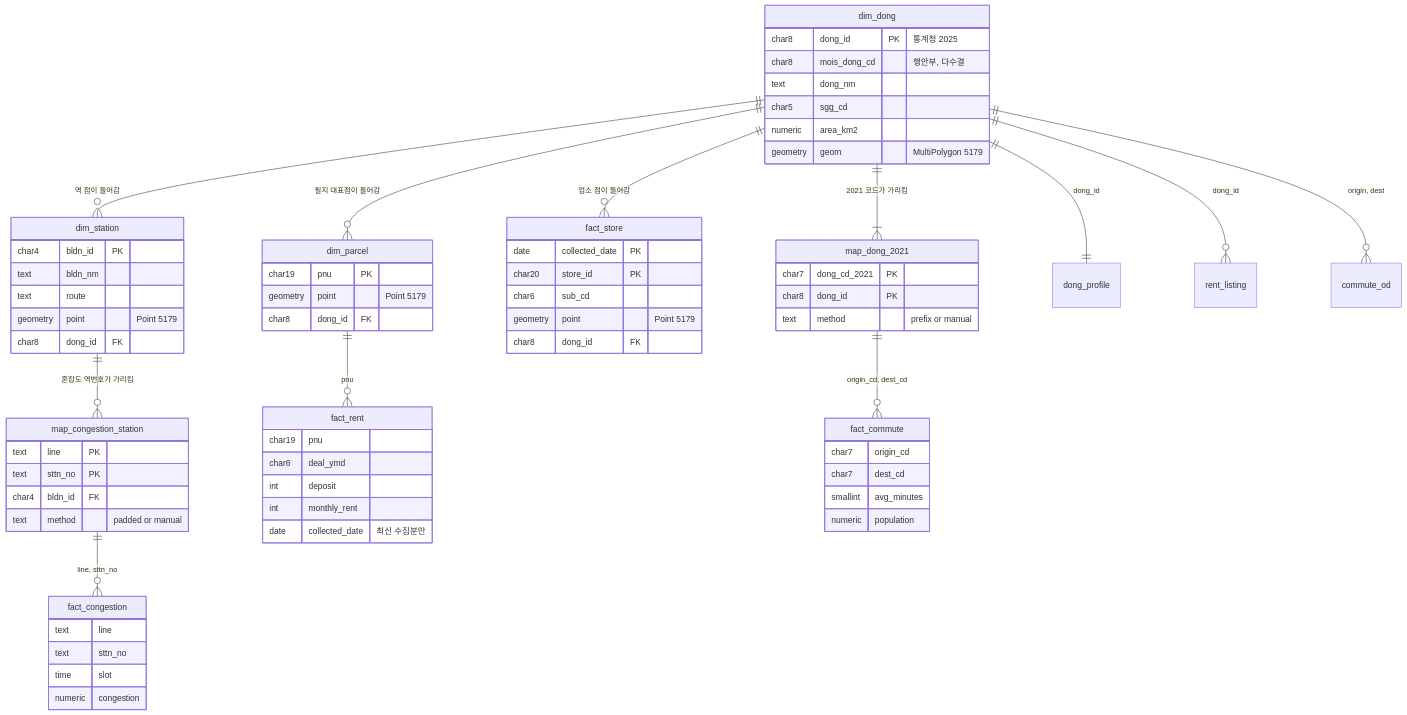
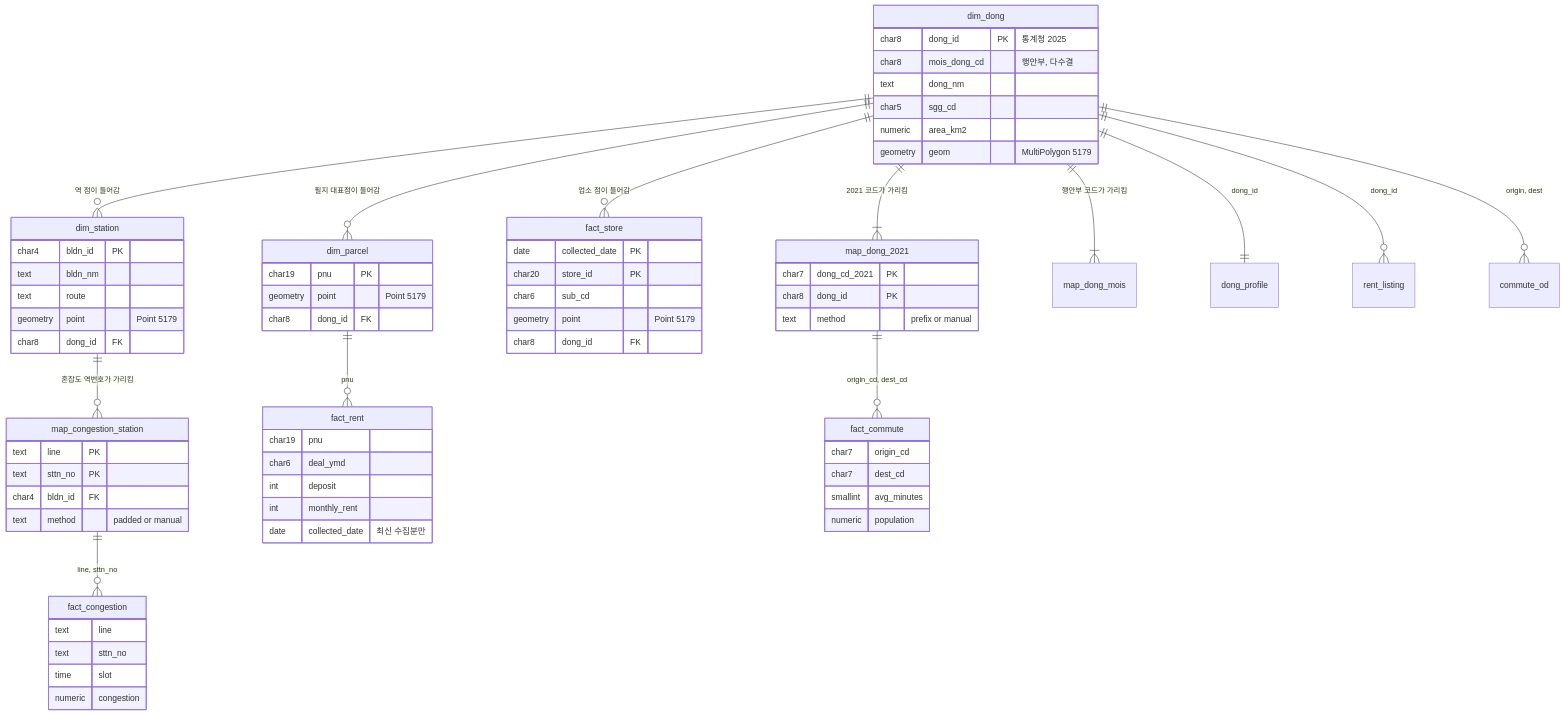
The second of 2 diagrams in docs/data_flow.md (sozerong/home_in_seoul), drawn with Mermaid before and after one commit. The commit also changed other lines of this file and 7 other files, not shown here.

````diff
--- a/docs/data_flow.md
+++ b/docs/data_flow.md
@@ -402,72 +403,73 @@
 ```mermaid
 erDiagram
     dim_dong ||--o{ dim_parcel : "필지 대표점이 들어감"
     dim_dong ||--o{ dim_station : "역 점이 들어감"
     dim_dong ||--o{ fact_store : "업소 점이 들어감"
     dim_dong ||--|{ map_dong_2021 : "2021 코드가 가리킴"
+    dim_dong ||--|{ map_dong_mois : "행안부 코드가 가리킴"
     dim_station ||--o{ map_congestion_station : "혼잡도 역번호가 가리킴"
     dim_parcel ||--o{ fact_rent : "pnu"
     map_dong_2021 ||--o{ fact_commute : "origin_cd, dest_cd"
     map_congestion_station ||--o{ fact_congestion : "line, sttn_no"
     dim_dong ||--|| dong_profile : "dong_id"
     dim_dong ||--o{ rent_listing : "dong_id"
     dim_dong ||--o{ commute_od : "origin, dest"
 
     dim_dong {
         char8 dong_id PK "통계청 2025"
         char8 mois_dong_cd "행안부, 다수결"
         text dong_nm
         char5 sgg_cd
         numeric area_km2
         geometry geom "MultiPolygon 5179"
     }
     dim_parcel {
         char19 pnu PK
         geometry point "Point 5179"
         char8 dong_id FK
     }
     dim_station {
         char4 bldn_id PK
         text bldn_nm
         text route
         geometry point "Point 5179"
         char8 dong_id FK
     }
     fact_store {
         date collected_date PK
         char20 store_id PK
         char6 sub_cd
         geometry point "Point 5179"
         char8 dong_id FK
     }
     map_dong_2021 {
         char7 dong_cd_2021 PK
         char8 dong_id PK
         text method "prefix or manual"
     }
     map_congestion_station {
         text line PK
         text sttn_no PK
         char4 bldn_id FK
         text method "padded or manual"
     }
     fact_rent {
         char19 pnu
         char6 deal_ymd
         int deposit
         int monthly_rent
         date collected_date "최신 수집분만"
     }
     fact_commute {
         char7 origin_cd
         char7 dest_cd
         smallint avg_minutes
         numeric population
     }
     fact_congestion {
         text line
         text sttn_no
         time slot
         numeric congestion
     }
 ```
````
